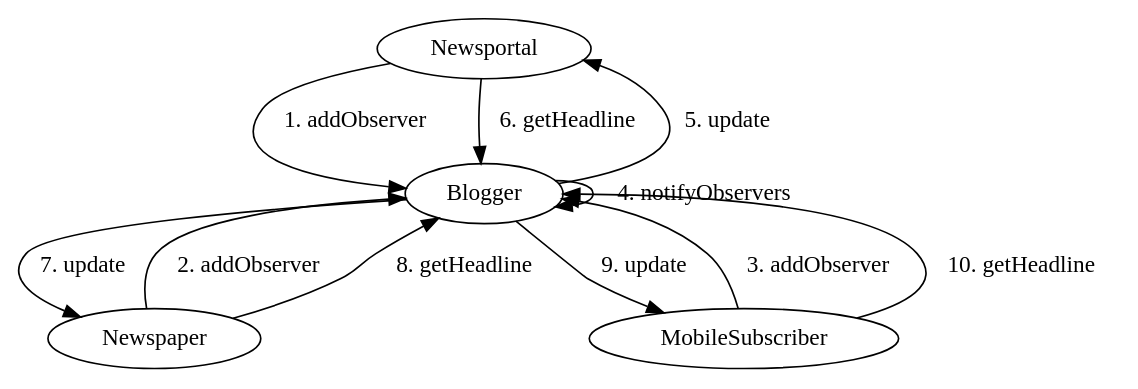
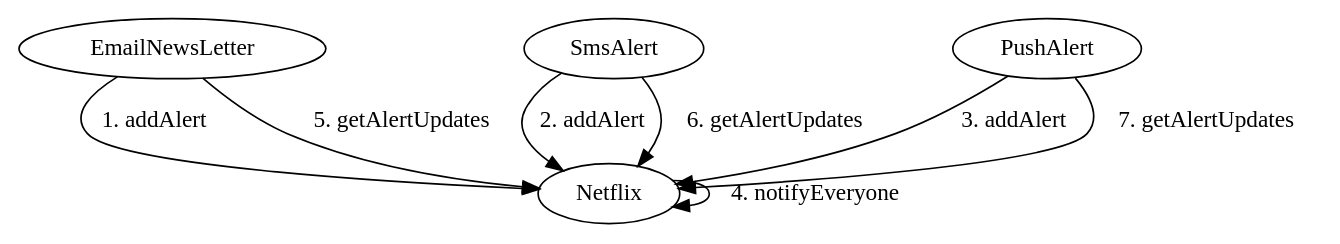
One commit to Utsav-Virani/AspactJ-Java changed the diagram in callgraph.dot. Above: the diagram before and after it, drawn with Graphviz. The commit also changed 16 other files, not shown here.

```diff
--- a/callgraph.dot
+++ b/callgraph.dot
@@ -1,20 +1,17 @@
 /*
  * Description: This is an automatically generated .DOT file
  * representing a call graph.
  * Author: Utsav Bharatbhai Virani, Het Jatin Dalal
- * Date: 2022/10/30 05:01:02
+ * Date: 2022/10/31 15:34:17
  *
  */
 digraph call_graph {
  node [shape = oval];
- Newsportal -> Blogger[ label = "1. addObserver" ];
- Newspaper -> Blogger[ label = "2. addObserver" ];
- MobileSubscriber -> Blogger[ label = "3. addObserver" ];
- Blogger -> Blogger[ label = "4. notifyObservers" ];
- Blogger -> Newsportal[ label = "5. update" ];
- Newsportal -> Blogger[ label = "6. getHeadline" ];
- Blogger -> Newspaper[ label = "7. update" ];
- Newspaper -> Blogger[ label = "8. getHeadline" ];
- Blogger -> MobileSubscriber[ label = "9. update" ];
- MobileSubscriber -> Blogger[ label = "10. getHeadline" ];
+ EmailNewsLetter -> Netflix[ label = "1. addAlert" ];
+ SmsAlert -> Netflix[ label = "2. addAlert" ];
+ PushAlert -> Netflix[ label = "3. addAlert" ];
+ Netflix -> Netflix[ label = "4. notifyEveryone" ];
+ EmailNewsLetter -> Netflix[ label = "5. getAlertUpdates" ];
+ SmsAlert -> Netflix[ label = "6. getAlertUpdates" ];
+ PushAlert -> Netflix[ label = "7. getAlertUpdates" ];
 }
```
